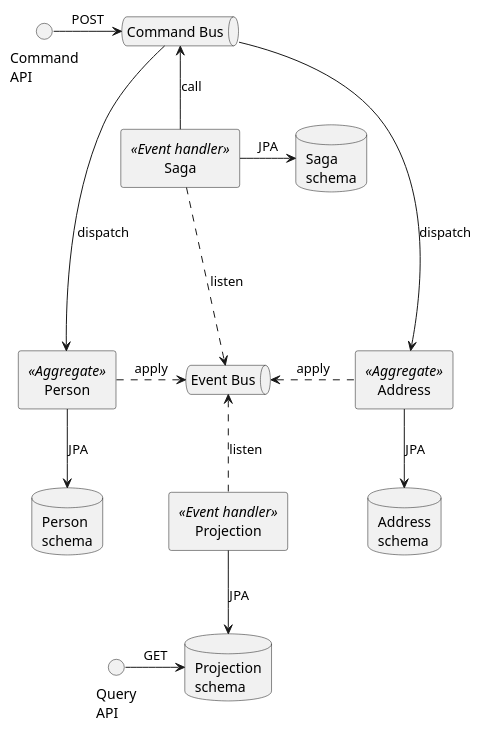
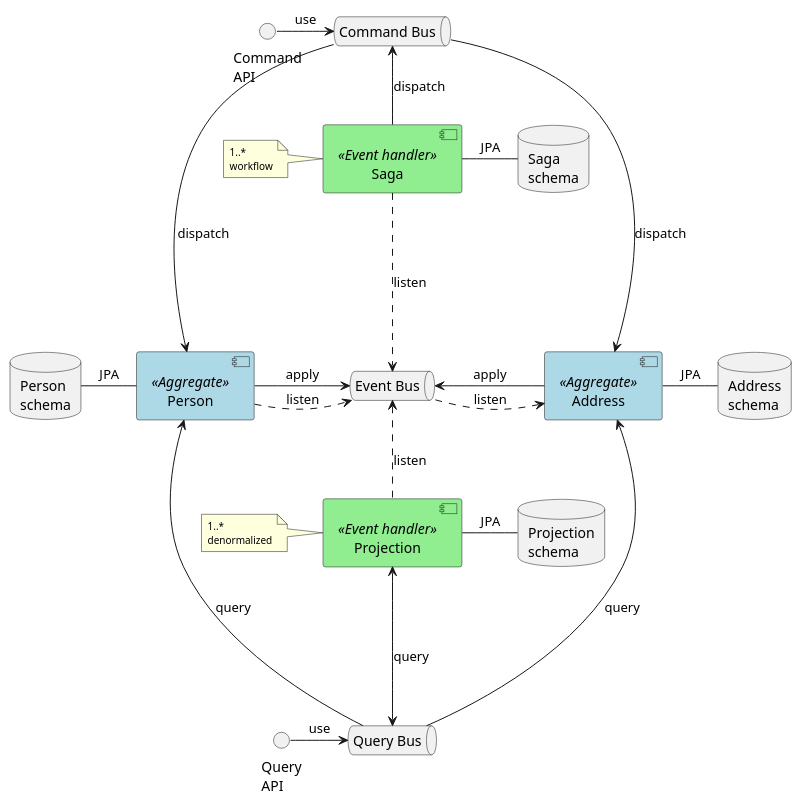
One commit to gushakov/axon-multi changed the diagram in cqrs.puml. Above: the diagram before and after it, drawn with PlantUML. The commit also changed 1 other file, not shown here.

```diff
--- a/cqrs.puml
+++ b/cqrs.puml
@@ -1,50 +1,79 @@
 @startuml
 
+skinparam component {
+    backgroundColor<<Aggregate>> lightBlue
+    backgroundColor<<Event handler>> lightGreen
+}
 
-rectangle "Person" <<Aggregate>> as P
+skinparam noteFontSize 10
+
+component "Person" <<Aggregate>> as P
 database "Person\nschema" as PDB
 
-rectangle "Address" <<Aggregate>> as A
+component "Address" <<Aggregate>> as A
 database "Address\nschema" as ADB
 
 queue "Event Bus" as E
 
 queue "Command Bus" as C
 
+queue "Query Bus" as Q
+
 interface "Command\nAPI" as CAPI
 interface "Query\nAPI" as QAPI
 
-rectangle "Saga" <<Event handler>> as S
+component "Saga" <<Event handler>> as S
 database "Saga\nschema" as SDB
 
-rectangle "Projection" <<Event handler>> as PR
+component "Projection" <<Event handler>> as PR
 database "Projection\nschema" as PRDB
 
 
-CAPI -right-> C: POST
+CAPI -right-> C: "use"
 
 C --down--> P: "dispatch"
 
 C --down--> A: "dispatch"
 
-P -down-> PDB: "JPA"
+P -left- PDB: "JPA"
 
-A -down-> ADB: "JPA"
+A -right- ADB: "JPA"
 
-P .right.> E: "apply"
+P -right-> E: "apply"
 
-A .left.> E: "apply"
+E <.left. P: "listen"
+
+A -left-> E: "apply"
+
+E .right.> A: "listen"
 
 S .down.> E: "listen"
 
-S -up-> C: "call"
+S -up-> C: "dispatch"
 
-S -right-> SDB: "JPA"
+S -right- SDB: "JPA"
 
 PR .up.> E: "listen"
 
-PR -down-> PRDB: "JPA"
+PR -right- PRDB: "JPA"
 
-QAPI -right-> PRDB: "GET"
+Q --up--> A: "query"
+
+Q --up--> P: "query"
+
+Q <-up-> PR: "query"
+
+QAPI -right-> Q: "use"
+
+note left of PR
+1..*
+denormalized
+endnote
+
+note left of S
+1..*
+workflow
+endnote
+
 
 @enduml
```
